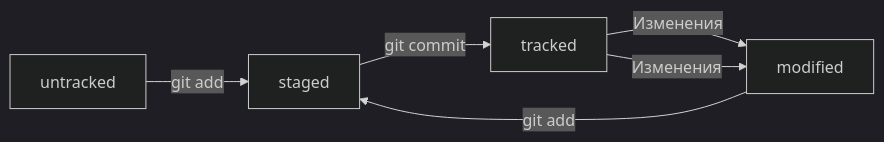
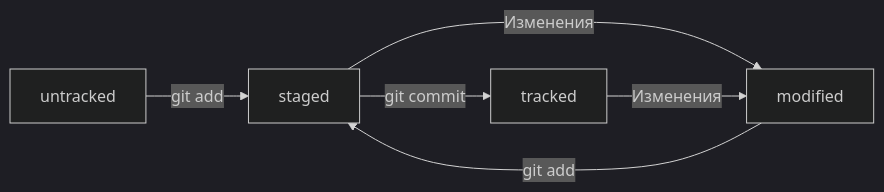
Before and after one commit to AliceZav/git-status-lesson: the diagram in README.md, drawn with Mermaid (dark theme).

Commit message:
Исправить раздел про статусы файлов

````diff
--- a/README.md
+++ b/README.md
@@ -56,8 +56,8 @@
 ```mermaid
 graph LR;
   A[untracked] -- "git add" --> B[staged];
   B -- "git commit" --> C[tracked];
-  C -- "Изменения" --> D[modified];
+  B -- "Изменения" --> D[modified];
   D -- "git add" --> B;
   C -- "Изменения" --> D;
 ```
````
